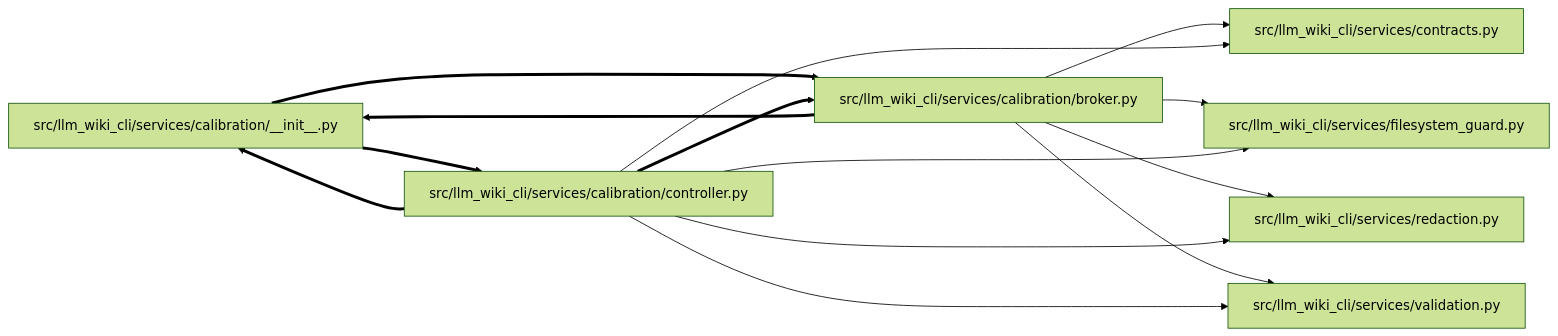
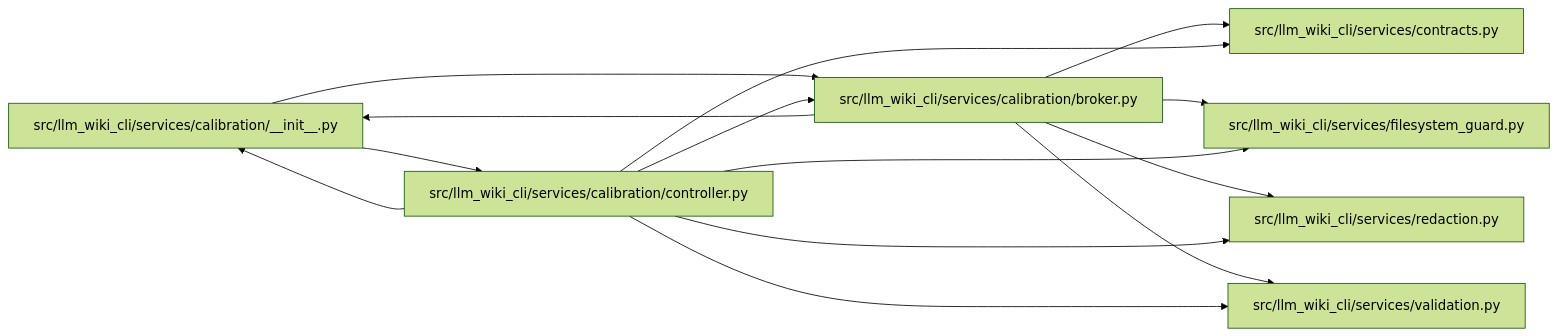
One commit to Denissvgn/python-wiki-llm changed the diagram in docs/llm_wiki/modules/broker.md. Above: the diagram before and after it, drawn with Mermaid (forest theme). The commit also changed other lines of this file and 93 other files, not shown here.

````diff
--- a/docs/llm_wiki/modules/broker.md
+++ b/docs/llm_wiki/modules/broker.md
@@ -57,30 +56,30 @@
 ```mermaid
 flowchart LR
     n0["src/llm_wiki_cli/services/calibration/__init__.py"]
     n1["src/llm_wiki_cli/services/calibration/broker.py"]
     n2["src/llm_wiki_cli/services/calibration/controller.py"]
     n3["src/llm_wiki_cli/services/contracts.py"]
     n4["src/llm_wiki_cli/services/filesystem_guard.py"]
     n5["src/llm_wiki_cli/services/redaction.py"]
     n6["src/llm_wiki_cli/services/validation.py"]
-    n0 ==> n1
-    n0 ==> n2
-    n1 ==> n0
+    n0 --> n1
+    n0 --> n2
+    n1 --> n0
     n1 --> n3
     n1 --> n4
     n1 --> n5
     n1 --> n6
-    n2 ==> n0
-    n2 ==> n1
+    n2 --> n0
+    n2 --> n1
     n2 --> n3
     n2 --> n4
     n2 --> n5
     n2 --> n6
     click n0 "../modules/calibration___init__.md"
     click n1 "../modules/broker.md"
     click n2 "../modules/controller.md"
     click n3 "../modules/services_contracts.md"
     click n4 "../modules/filesystem_guard.md"
     click n5 "../modules/redaction.md"
     click n6 "../modules/validation.md"
 ```
````
